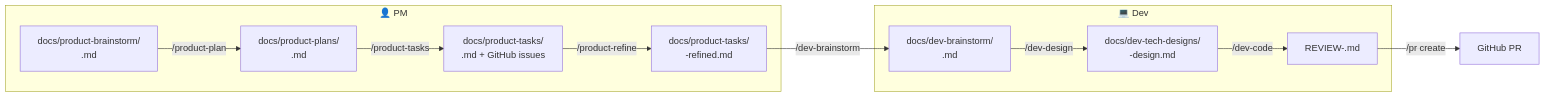
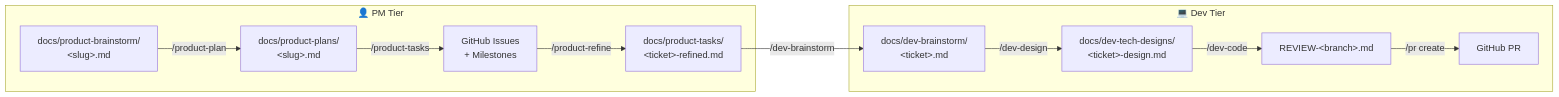
Before and after one commit to manikumarkv/devrunway-claude-plugin: the third of 12 diagrams in README.md, drawn with Mermaid. The commit also changed other lines of this file, not shown here.

````diff
--- a/README.md
+++ b/README.md
@@ -94,23 +98,24 @@
 ```mermaid
 flowchart LR
-    subgraph PM["👤 PM"]
-        PB["docs/product-brainstorm/\n<slug>.md"]
-        PP["docs/product-plans/\n<slug>.md"]
-        PT["docs/product-tasks/\n<slug>.md + GitHub issues"]
-        PR["docs/product-tasks/\n<ticket>-refined.md"]
+    subgraph PM["👤 PM Tier"]
+        PB["docs/product-brainstorm/\n&lt;slug&gt;.md"]
+        PP["docs/product-plans/\n&lt;slug&gt;.md"]
+        PT["GitHub Issues\n+ Milestones"]
+        PR["docs/product-tasks/\n&lt;ticket&gt;-refined.md"]
     end
 
-    subgraph Dev["💻 Dev"]
-        DB["docs/dev-brainstorm/\n<ticket>.md"]
-        DD["docs/dev-tech-designs/\n<ticket>-design.md"]
-        RV["REVIEW-<branch>.md"]
+    subgraph Dev["💻 Dev Tier"]
+        DB["docs/dev-brainstorm/\n&lt;ticket&gt;.md"]
+        DD["docs/dev-tech-designs/\n&lt;ticket&gt;-design.md"]
+        RV["REVIEW-&lt;branch&gt;.md"]
+        GH["GitHub PR"]
     end
 
     PB -->|"/product-plan"| PP
     PP -->|"/product-tasks"| PT
     PT -->|"/product-refine"| PR
     PR -->|"/dev-brainstorm"| DB
     DB -->|"/dev-design"| DD
     DD -->|"/dev-code"| RV
-    RV -->|"/pr create"| GH[GitHub PR]
+    RV -->|"/pr create"| GH
 ```
````
